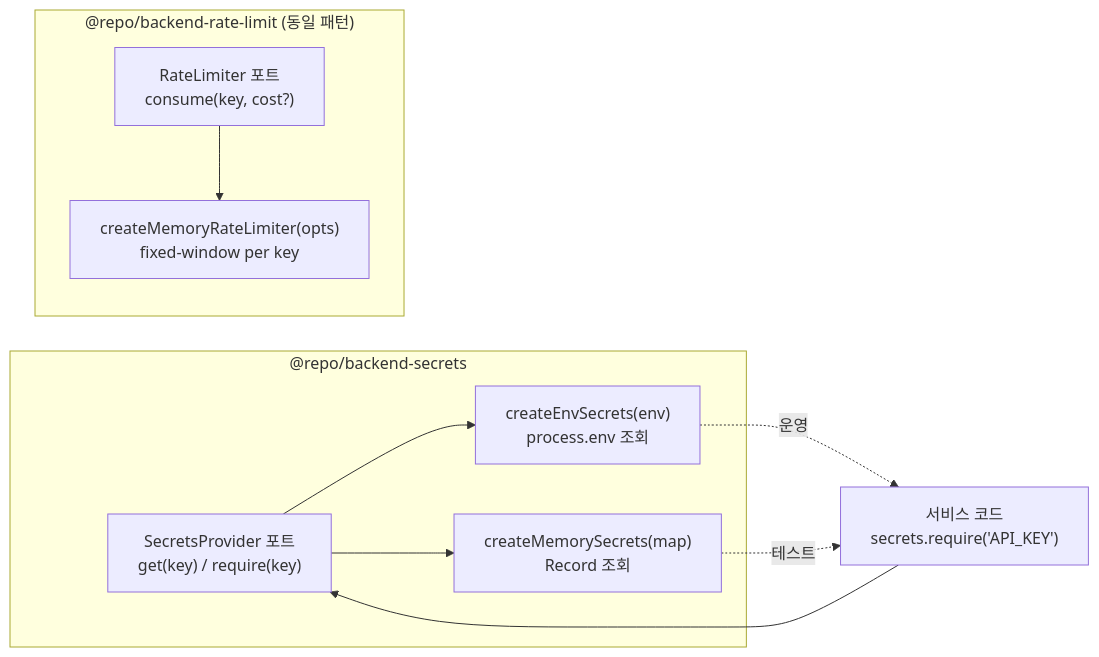
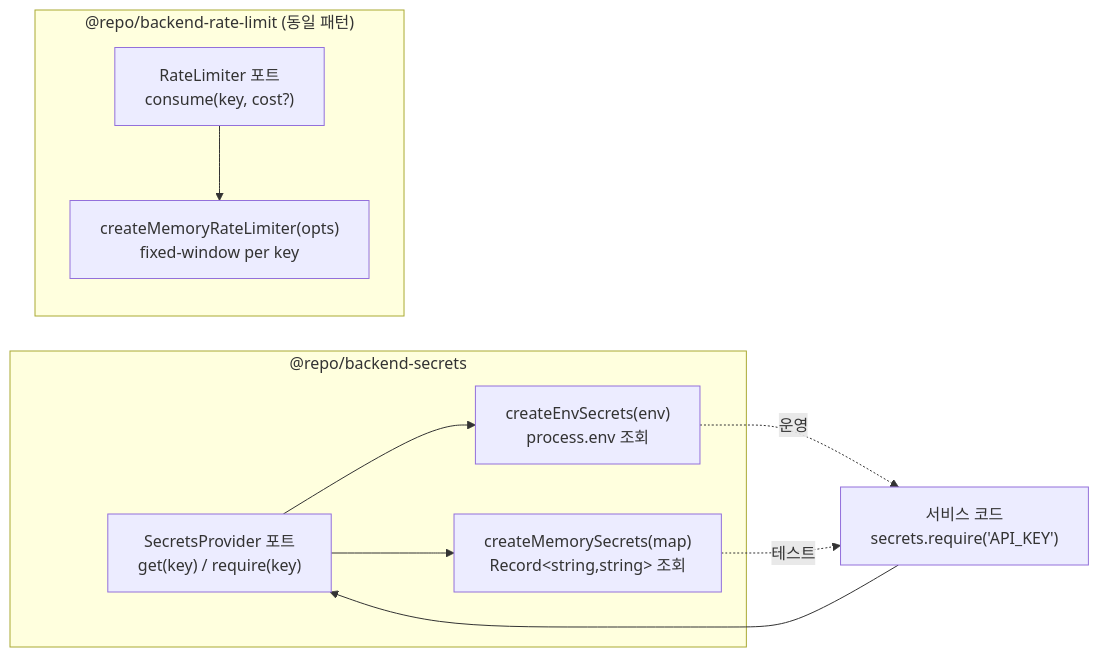
Before and after one commit to Changsik00/service-foundry: the diagram in docs/explainers/backend/secrets-provider-port.md, drawn with Mermaid. The commit also changed 13 other files, not shown here.

Commit message:
docs(phase-14): escape angle brackets + quote node labels in mermaid (github render)

````diff
--- a/docs/explainers/backend/secrets-provider-port.md
+++ b/docs/explainers/backend/secrets-provider-port.md
@@ -23,20 +23,20 @@
 ```mermaid
 flowchart LR
     subgraph core ["@repo/backend-secrets"]
         P["SecretsProvider 포트<br/>get(key) / require(key)"]
         ENV["createEnvSecrets(env)<br/>process.env 조회"]
-        MEM["createMemorySecrets(map)<br/>Record<string,string> 조회"]
+        MEM["createMemorySecrets(map)<br/>Record&lt;string,string&gt; 조회"]
         P --> ENV
         P --> MEM
     end
 
     SVC["서비스 코드<br/>secrets.require('API_KEY')"] --> P
     ENV -. "운영" .-> SVC
     MEM -. "테스트" .-> SVC
 
     subgraph rl ["@repo/backend-rate-limit (동일 패턴)"]
         RP["RateLimiter 포트<br/>consume(key, cost?)"]
         RMEM["createMemoryRateLimiter(opts)<br/>fixed-window per key"]
         RP --> RMEM
     end
 ```
````
